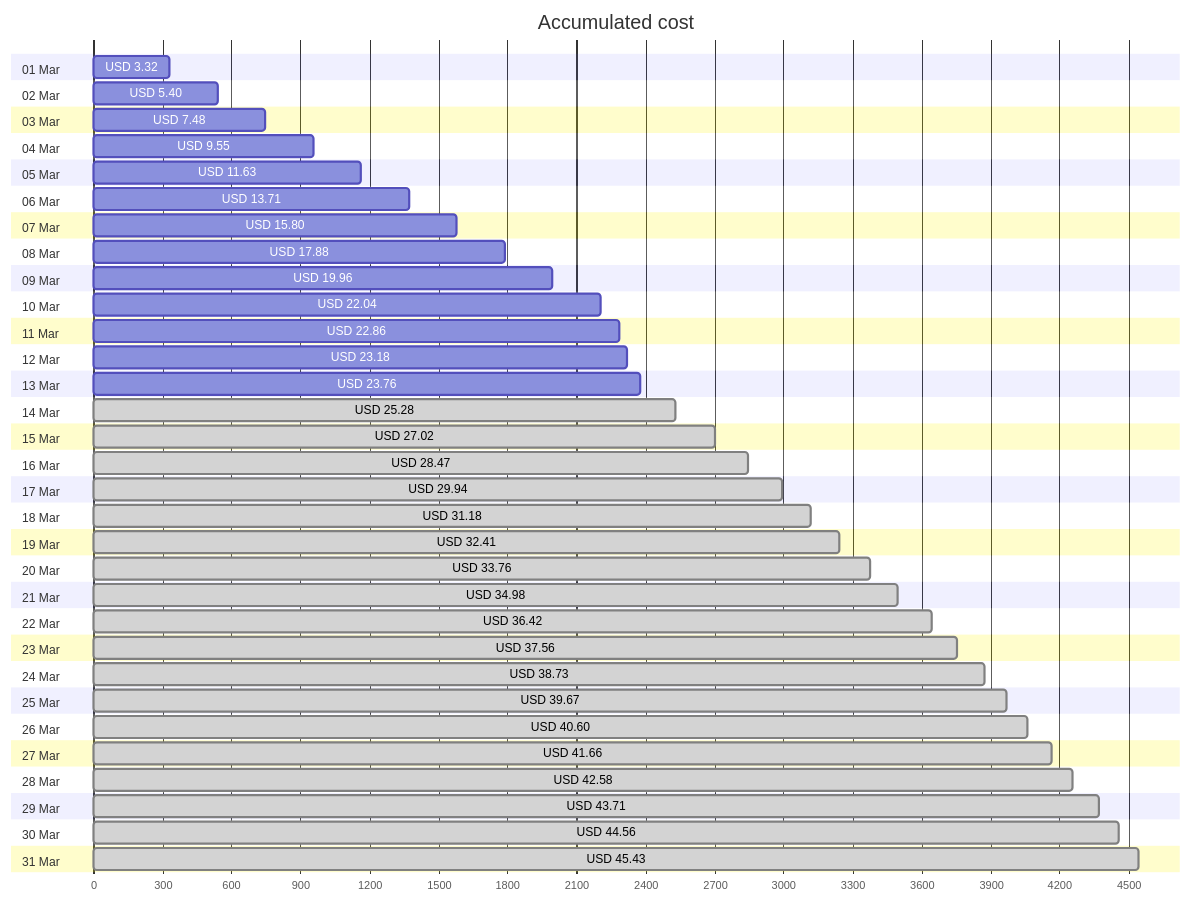
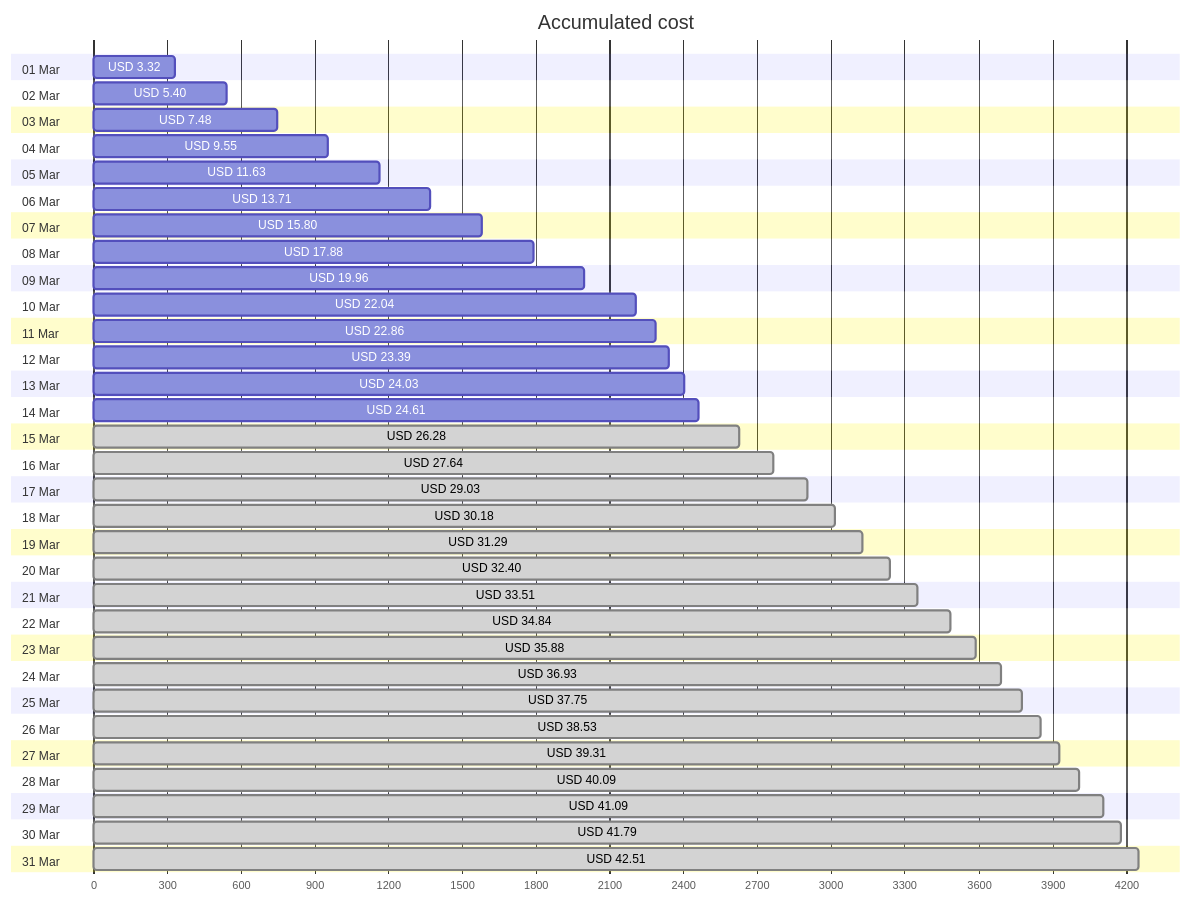
Before and after one commit to jpfulton/azure-personal-reports: the first of 4 diagrams in cost-reports/accumulated-cost.md, drawn with Mermaid. The commit also changed other lines of this file and 4 other files, not shown here.

````diff
--- a/cost-reports/accumulated-cost.md
+++ b/cost-reports/accumulated-cost.md
@@ -20,68 +20,68 @@
 ```mermaid
 gantt
    title Accumulated cost
    dateFormat  X
    axisFormat %s
    section 01 Mar
    USD 3.32 :0, 332
    section 02 Mar
    USD 5.40 :0, 540
    section 03 Mar
    USD 7.48 :0, 748
    section 04 Mar
    USD 9.55 :0, 955
    section 05 Mar
    USD 11.63 :0, 1163
    section 06 Mar
    USD 13.71 :0, 1371
    section 07 Mar
    USD 15.80 :0, 1580
    section 08 Mar
    USD 17.88 :0, 1788
    section 09 Mar
    USD 19.96 :0, 1996
    section 10 Mar
    USD 22.04 :0, 2204
    section 11 Mar
    USD 22.86 :0, 2286
    section 12 Mar
-   USD 23.18 :0, 2318
+   USD 23.39 :0, 2339
    section 13 Mar
-   USD 23.76 :0, 2376
+   USD 24.03 :0, 2403
    section 14 Mar
-   USD 25.28 : done, 0, 2528
+   USD 24.61 :0, 2461
    section 15 Mar
-   USD 27.02 : done, 0, 2702
+   USD 26.28 : done, 0, 2628
    section 16 Mar
-   USD 28.47 : done, 0, 2847
+   USD 27.64 : done, 0, 2764
    section 17 Mar
-   USD 29.94 : done, 0, 2994
+   USD 29.03 : done, 0, 2903
    section 18 Mar
-   USD 31.18 : done, 0, 3118
+   USD 30.18 : done, 0, 3018
    section 19 Mar
-   USD 32.41 : done, 0, 3241
+   USD 31.29 : done, 0, 3129
    section 20 Mar
-   USD 33.76 : done, 0, 3376
+   USD 32.40 : done, 0, 3240
    section 21 Mar
-   USD 34.98 : done, 0, 3498
+   USD 33.51 : done, 0, 3351
    section 22 Mar
-   USD 36.42 : done, 0, 3642
+   USD 34.84 : done, 0, 3484
    section 23 Mar
-   USD 37.56 : done, 0, 3756
+   USD 35.88 : done, 0, 3588
    section 24 Mar
-   USD 38.73 : done, 0, 3873
+   USD 36.93 : done, 0, 3693
    section 25 Mar
-   USD 39.67 : done, 0, 3967
+   USD 37.75 : done, 0, 3775
    section 26 Mar
-   USD 40.60 : done, 0, 4060
+   USD 38.53 : done, 0, 3853
    section 27 Mar
-   USD 41.66 : done, 0, 4166
+   USD 39.31 : done, 0, 3931
    section 28 Mar
-   USD 42.58 : done, 0, 4258
+   USD 40.09 : done, 0, 4009
    section 29 Mar
-   USD 43.71 : done, 0, 4371
+   USD 41.09 : done, 0, 4109
    section 30 Mar
-   USD 44.56 : done, 0, 4456
+   USD 41.79 : done, 0, 4179
    section 31 Mar
-   USD 45.43 : done, 0, 4543
+   USD 42.51 : done, 0, 4251
 ```
````
